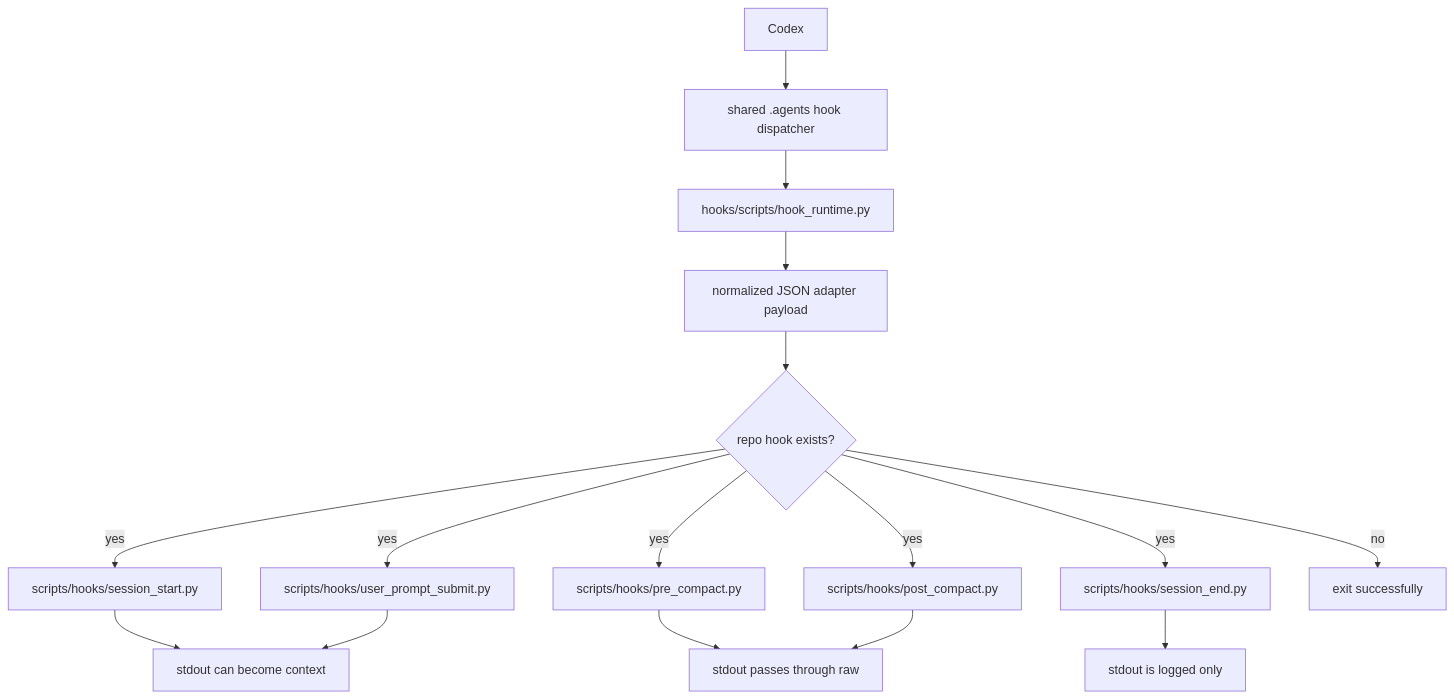
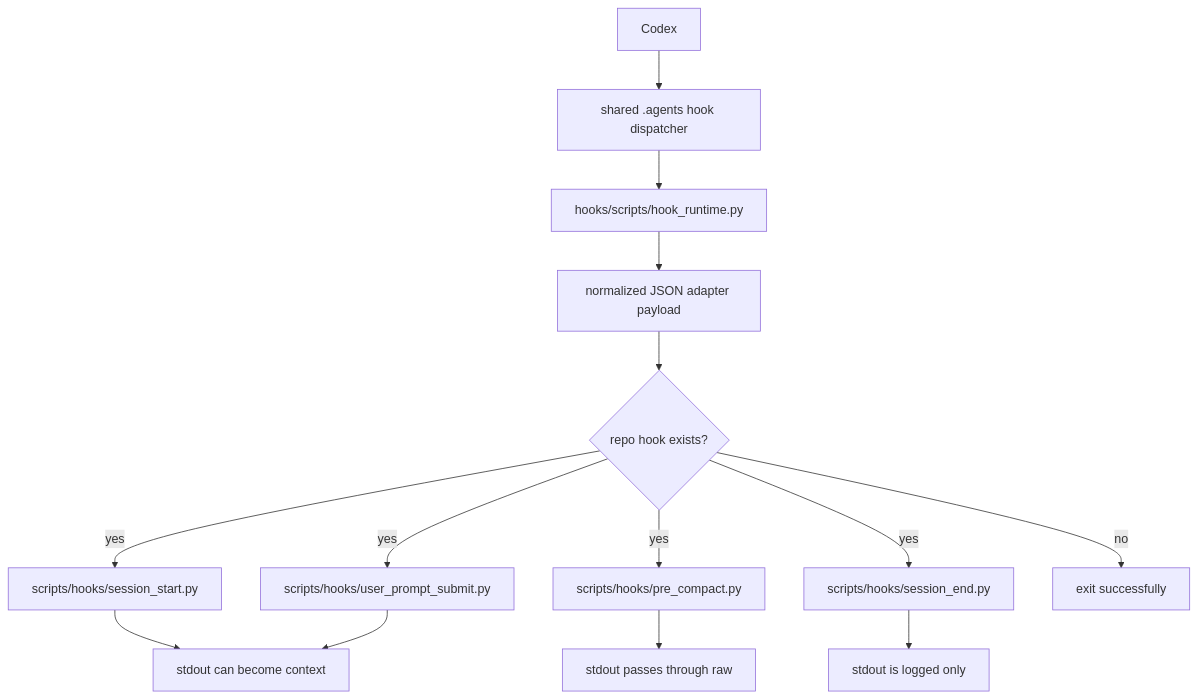
The diagram in docs/references/repo-lifecycle-hook-adapter.md (wisdom-in-a-nutshell/.agents), drawn with Mermaid before and after one commit. The commit also changed other lines of this file and 22 other files, not shown here.

````diff
--- a/docs/references/repo-lifecycle-hook-adapter.md
+++ b/docs/references/repo-lifecycle-hook-adapter.md
@@ -8,18 +8,16 @@
 ```mermaid
 flowchart TD
     A[Codex] --> B[shared .agents hook dispatcher]
     B --> C[hooks/scripts/hook_runtime.py]
     C --> D[normalized JSON adapter payload]
     D --> E{repo hook exists?}
     E -->|yes| F[scripts/hooks/session_start.py]
     E -->|yes| G[scripts/hooks/user_prompt_submit.py]
     E -->|yes| H[scripts/hooks/pre_compact.py]
-    E -->|yes| I[scripts/hooks/post_compact.py]
     E -->|yes| K[scripts/hooks/session_end.py]
     E -->|no| N[exit successfully]
     F --> J[stdout can become context]
     G --> J
     H --> L[stdout passes through raw]
-    I --> L
     K --> M[stdout is logged only]
 ```
````
